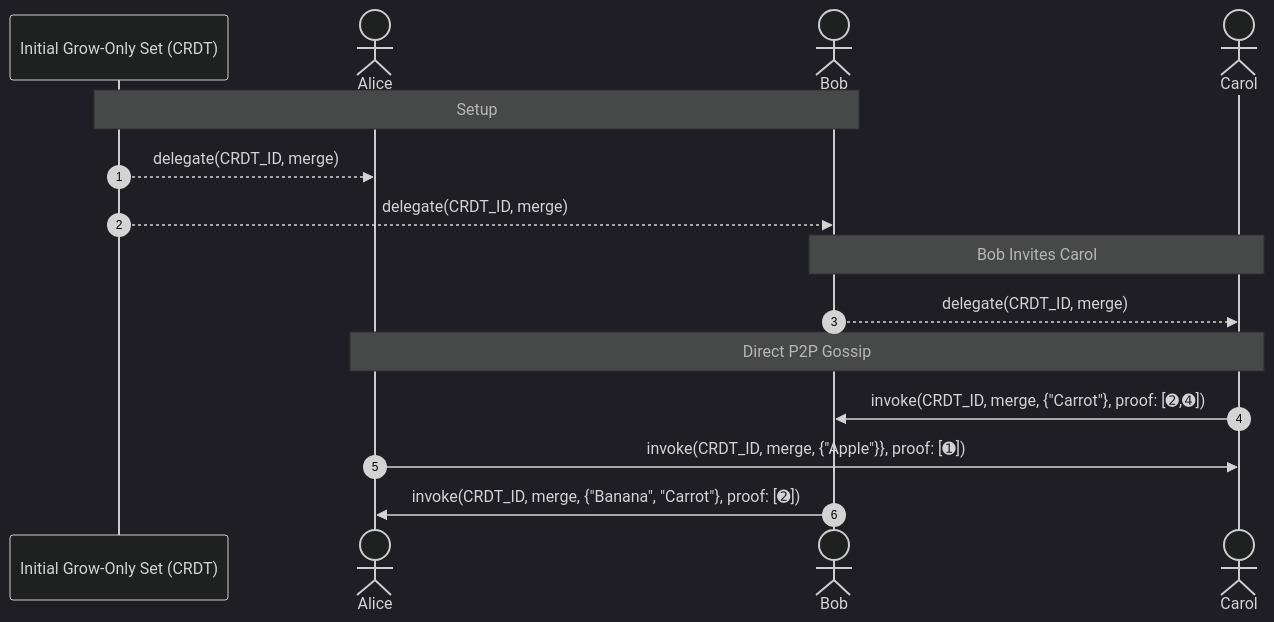
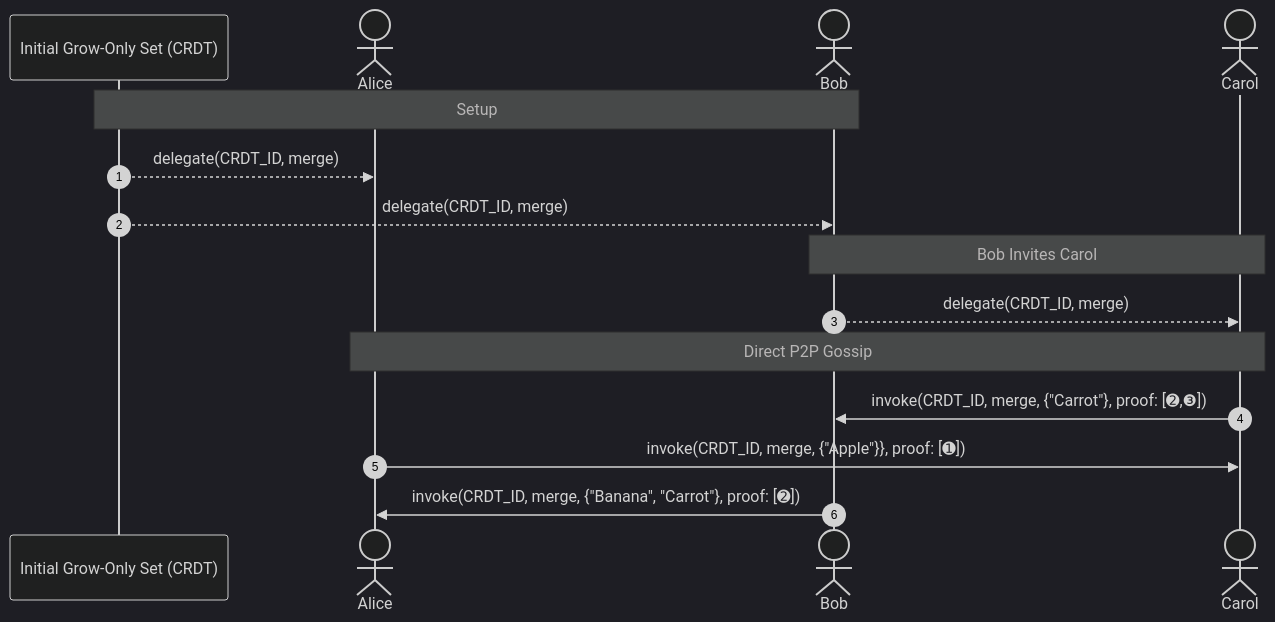
One commit to michielbdejong/spec changed the fifth of 6 diagrams in README.md. Above: the diagram before and after it, drawn with Mermaid (dark theme).

````diff
--- a/README.md
+++ b/README.md
@@ -418,22 +418,22 @@
 ``` mermaid
 sequenceDiagram
     participant CRDT as Initial Grow-Only Set (CRDT)
 
     actor Alice
     actor Bob
     actor Carol
     
     autonumber
 
     Note over CRDT, Bob: Setup
     CRDT -->> Alice: delegate(CRDT_ID, merge)
     CRDT -->> Bob: delegate(CRDT_ID, merge)
     
     Note over Bob, Carol: Bob Invites Carol
     Bob -->> Carol: delegate(CRDT_ID, merge)
 
     Note over Alice, Carol: Direct P2P Gossip
-    Carol ->> Bob: invoke(CRDT_ID, merge, {"Carrot"}, proof: [➋,➍])
+    Carol ->> Bob: invoke(CRDT_ID, merge, {"Carrot"}, proof: [➋,❸])
     Alice ->> Carol: invoke(CRDT_ID, merge, {"Apple"}}, proof: [➊])
     Bob ->> Alice: invoke(CRDT_ID, merge, {"Banana", "Carrot"}, proof: [➋])
 ```
````
